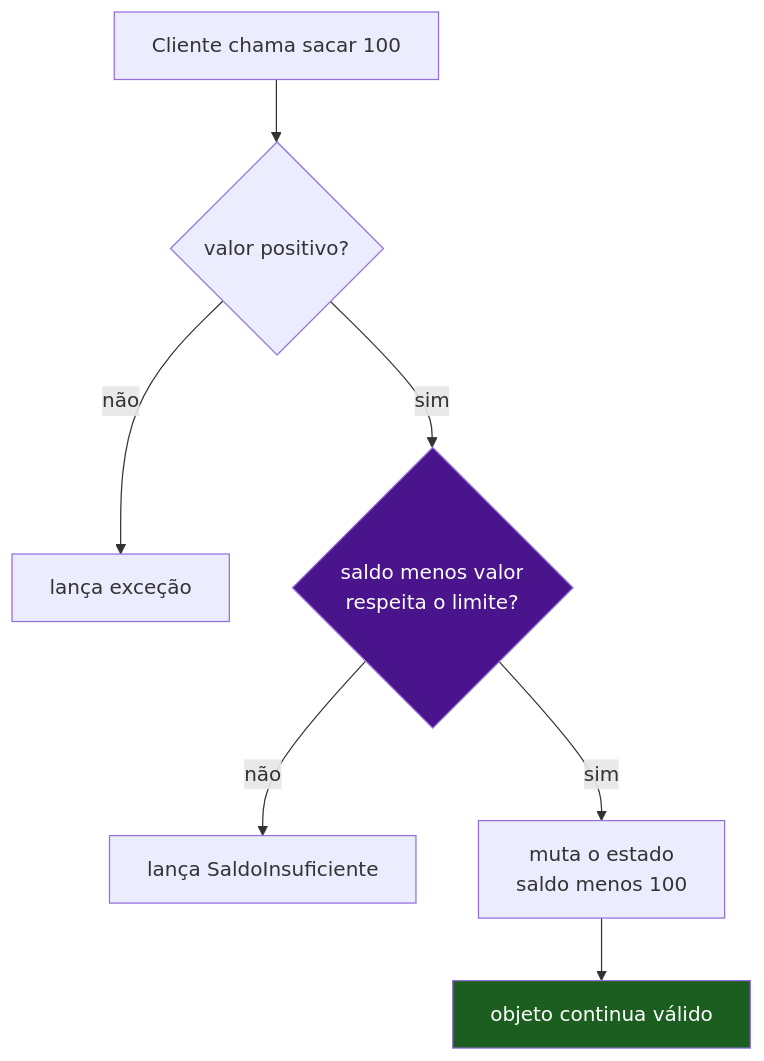
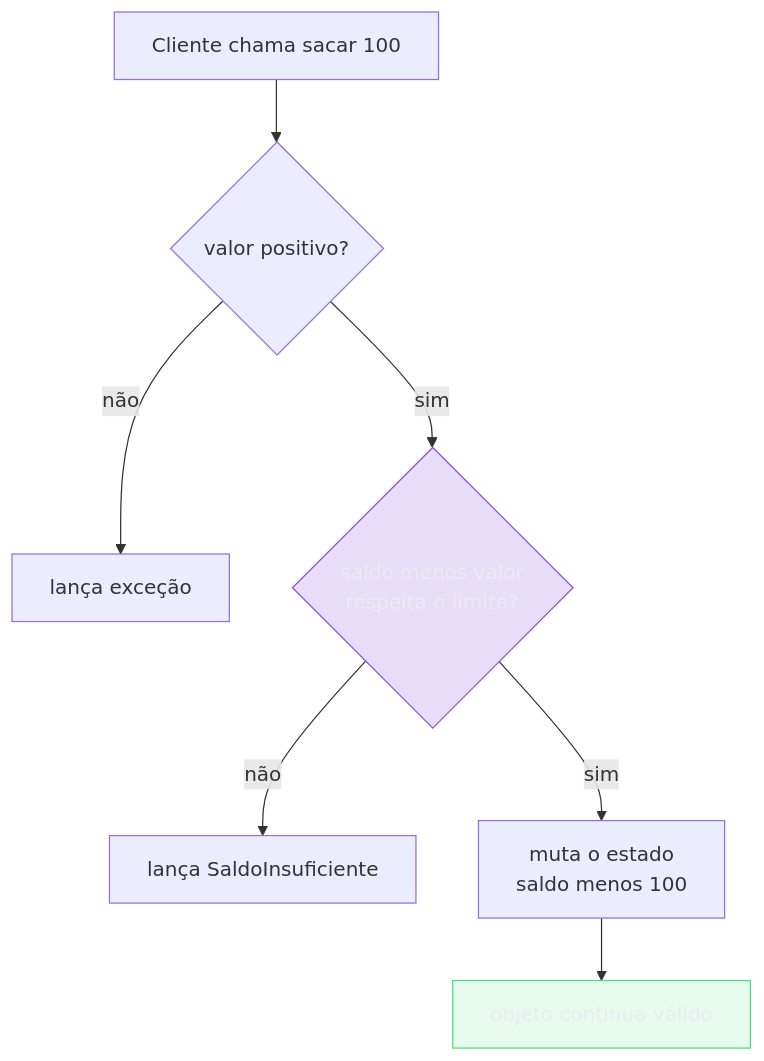
The second of 2 diagrams in 03-Dominios/Engenharia/Design de Software/Orientação a Objetos/02 - Encapsulamento.md (josenaldo/codex-technomanticus), drawn with Mermaid before and after one commit. The commit also changed other lines of this file and 1181 other files, not shown here.

First line of the commit message:
fix(diagramas): paleta do sistema no lugar de cor cravada no markdown

````diff
--- a/03-Dominios/Engenharia/Design de Software/Orientação a Objetos/02 - Encapsulamento.md
+++ b/03-Dominios/Engenharia/Design de Software/Orientação a Objetos/02 - Encapsulamento.md
@@ -81,12 +83,14 @@
 ```mermaid
 flowchart TD
+    classDef marca fill:#8855DF33,stroke:#8855DF,color:#E9ECF2
+    classDef ok fill:#4ADE8021,stroke:#4ADE80,color:#E9ECF2
     A[Cliente chama sacar 100] --> B{valor positivo?}
     B -->|não| X1[lança exceção]
     B -->|sim| C{saldo menos valor<br/>respeita o limite?}
     C -->|não| X2[lança SaldoInsuficiente]
     C -->|sim| D[muta o estado<br/>saldo menos 100]
     D --> E[objeto continua válido]
 
-    style C fill:#4a148c,color:#fff
-    style E fill:#1b5e20,color:#fff
+    class C marca
+    class E ok
 ```
````
